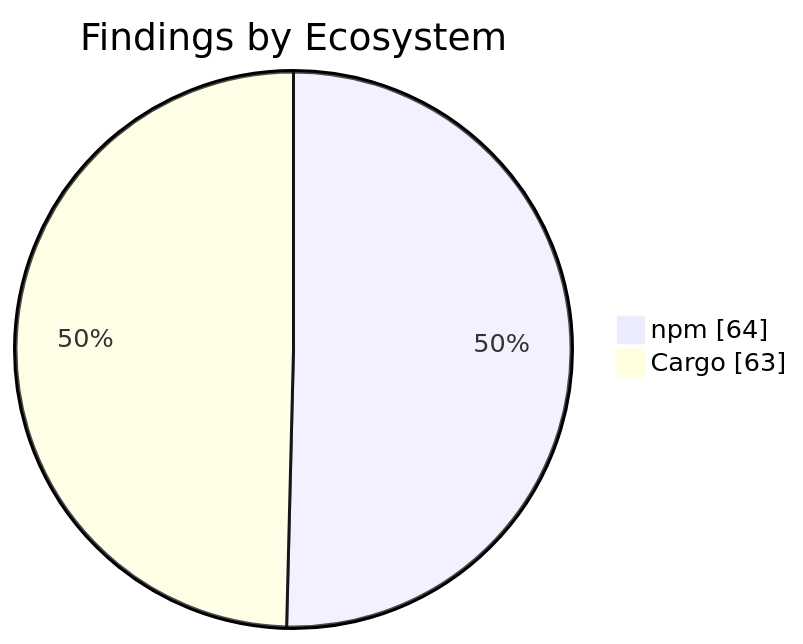
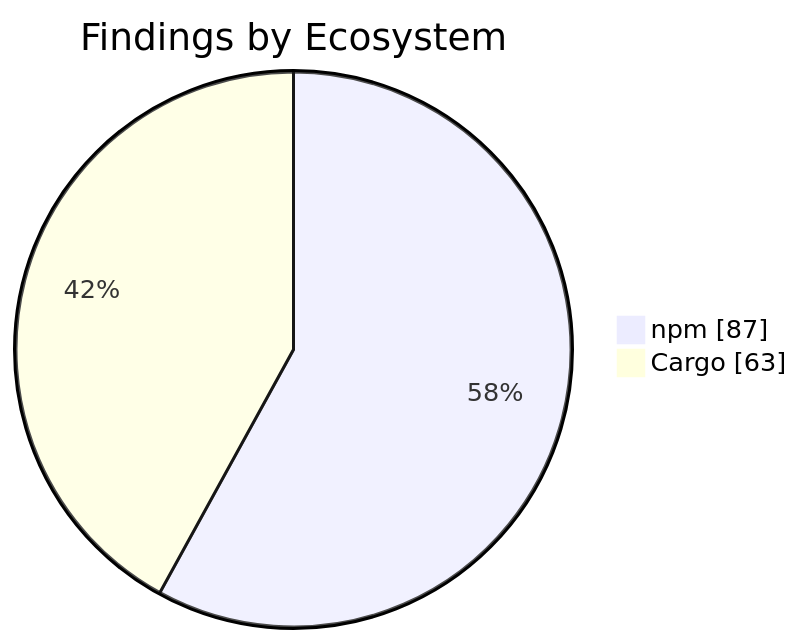
One commit to KBVE/kbve changed the second of 2 diagrams in apps/kbve/astro-kbve/src/content/docs/dashboard/security.mdx. Above: the diagram before and after it, drawn with Mermaid. The commit also changed other lines of this file and 1 other file, not shown here.

````diff
--- a/apps/kbve/astro-kbve/src/content/docs/dashboard/security.mdx
+++ b/apps/kbve/astro-kbve/src/content/docs/dashboard/security.mdx
@@ -159,6 +159,6 @@
 ```mermaid
 pie showData
     title Findings by Ecosystem
-    "npm" : 64
+    "npm" : 87
     "Cargo" : 63
 ```
````
